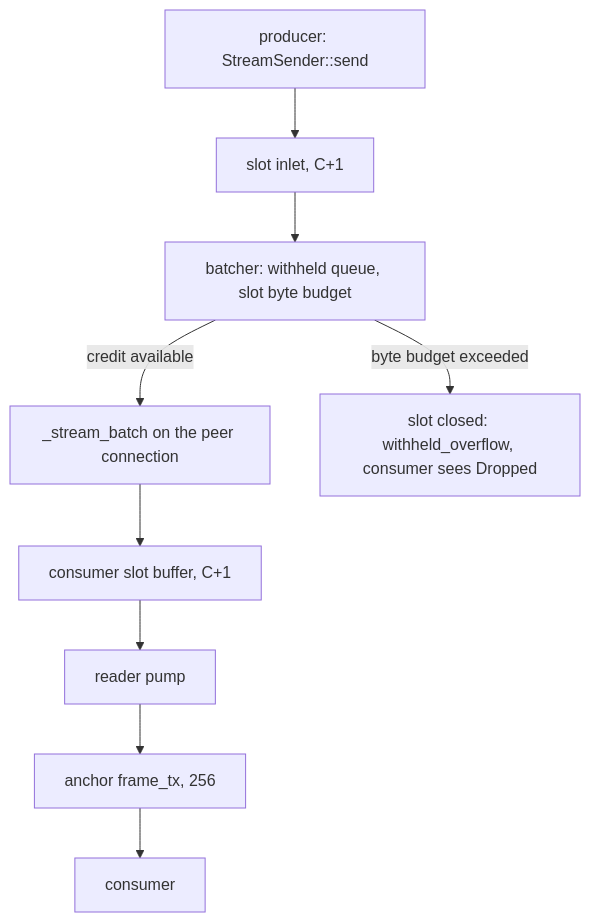
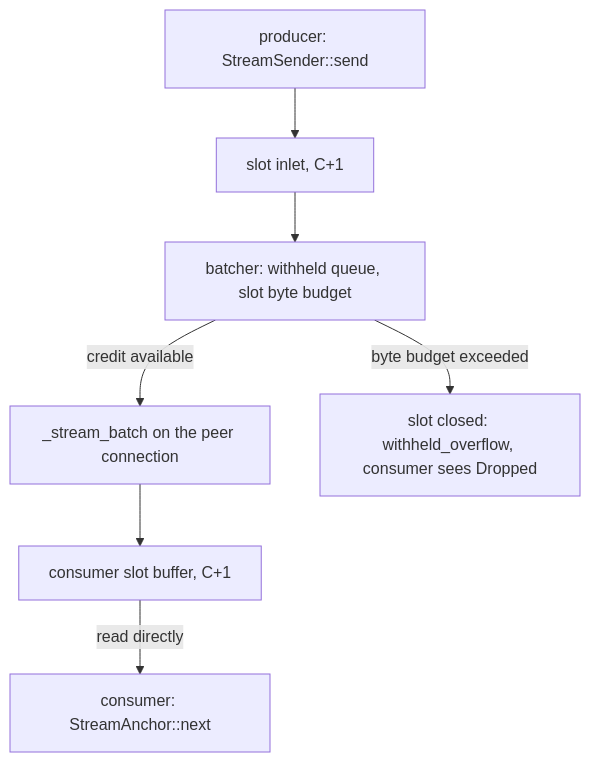
The second of 2 diagrams in docs/src/operations/saturation.md (ai-dynamo/velo), drawn with Mermaid before and after one commit. The commit also changed other lines of this file and 37 other files, not shown here.

````diff
--- a/docs/src/operations/saturation.md
+++ b/docs/src/operations/saturation.md
@@ -94,11 +107,9 @@
 ```mermaid
 flowchart TD
     P[producer: StreamSender::send] --> I[slot inlet, C+1]
     I --> W[batcher: withheld queue, slot byte budget]
     W -->|credit available| B[_stream_batch on the peer connection]
     B --> S[consumer slot buffer, C+1]
-    S --> R[reader pump]
-    R --> A[anchor frame_tx, 256]
-    A --> Q[consumer]
+    S -->|read directly| Q[consumer: StreamAnchor::next]
     W -->|byte budget exceeded| K[slot closed: withheld_overflow, consumer sees Dropped]
 ```
````
